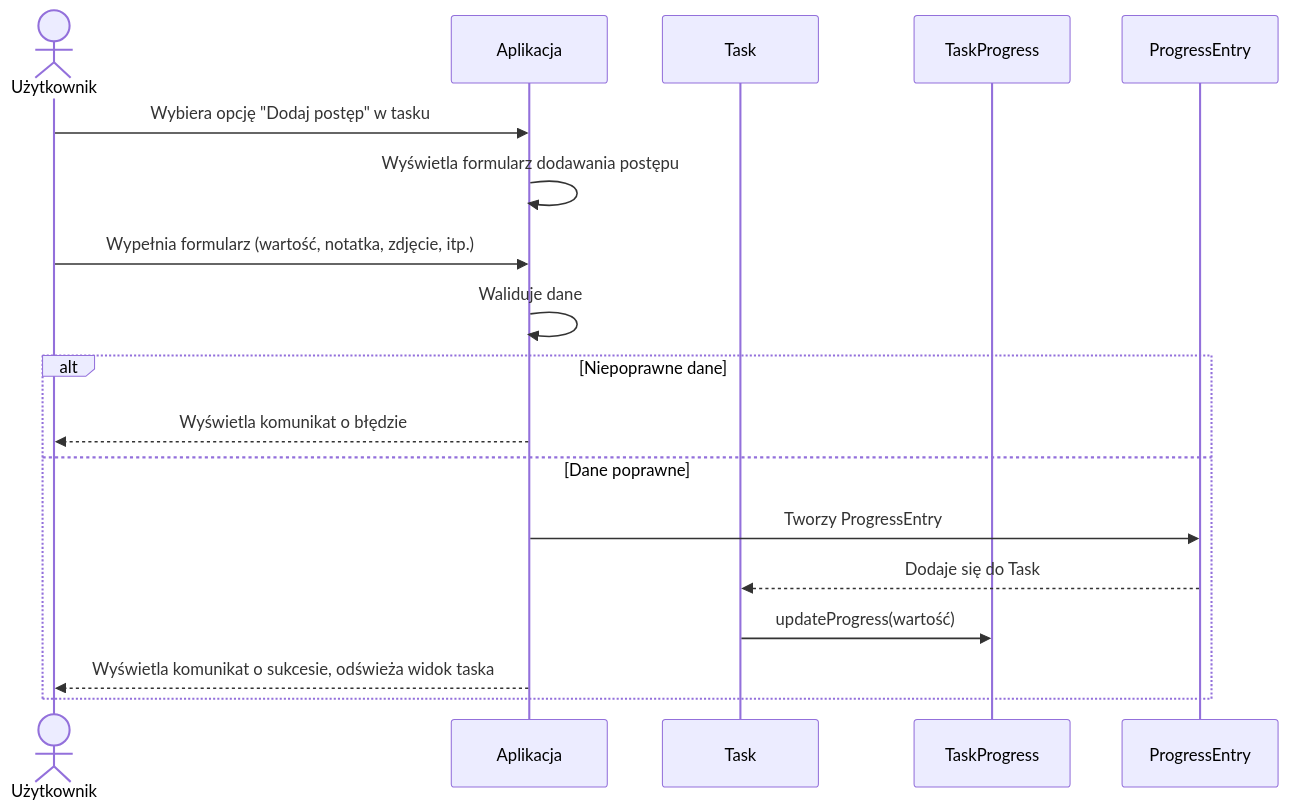
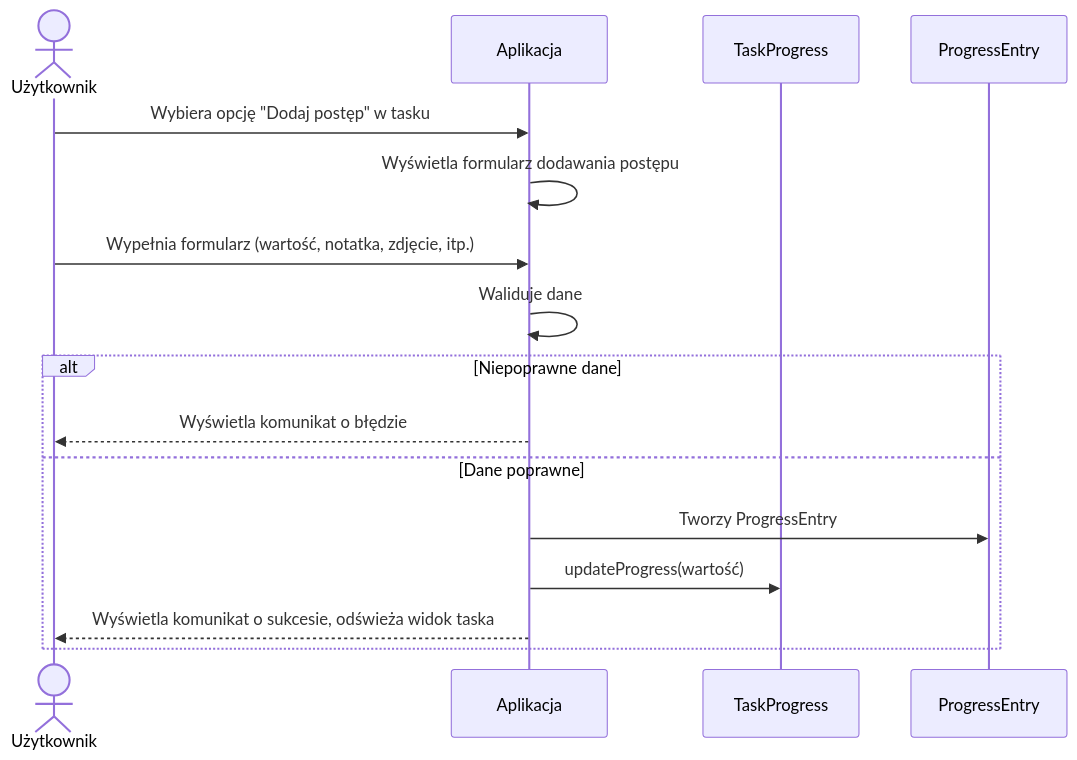
One commit to Tarnuchy/EggJob changed the diagram in docs/zadanie4/diagram-sekwencji-dodawania-progress-entry.md. Above: the diagram before and after it, drawn with Mermaid.

Commit message:
fix seq diag PE

````diff
--- a/docs/zadanie4/diagram-sekwencji-dodawania-progress-entry.md
+++ b/docs/zadanie4/diagram-sekwencji-dodawania-progress-entry.md
@@ -3,21 +3,19 @@
 ```mermaid
 sequenceDiagram
     actor U as Użytkownik
     participant UI as Aplikacja
-    participant T as Task
     participant TP as TaskProgress
     participant PE as ProgressEntry
 
     U->>UI: Wybiera opcję "Dodaj postęp" w tasku
     UI->>UI: Wyświetla formularz dodawania postępu
     U->>UI: Wypełnia formularz (wartość, notatka, zdjęcie, itp.)
     UI->>UI: Waliduje dane
     alt Niepoprawne dane
         UI-->>U: Wyświetla komunikat o błędzie
     else Dane poprawne
         UI->>PE: Tworzy ProgressEntry
-        PE-->>T: Dodaje się do Task
-        T->>TP: updateProgress(wartość)
+        UI->>TP: updateProgress(wartość)
         UI-->>U: Wyświetla komunikat o sukcesie, odświeża widok taska
     end
 ```
````
